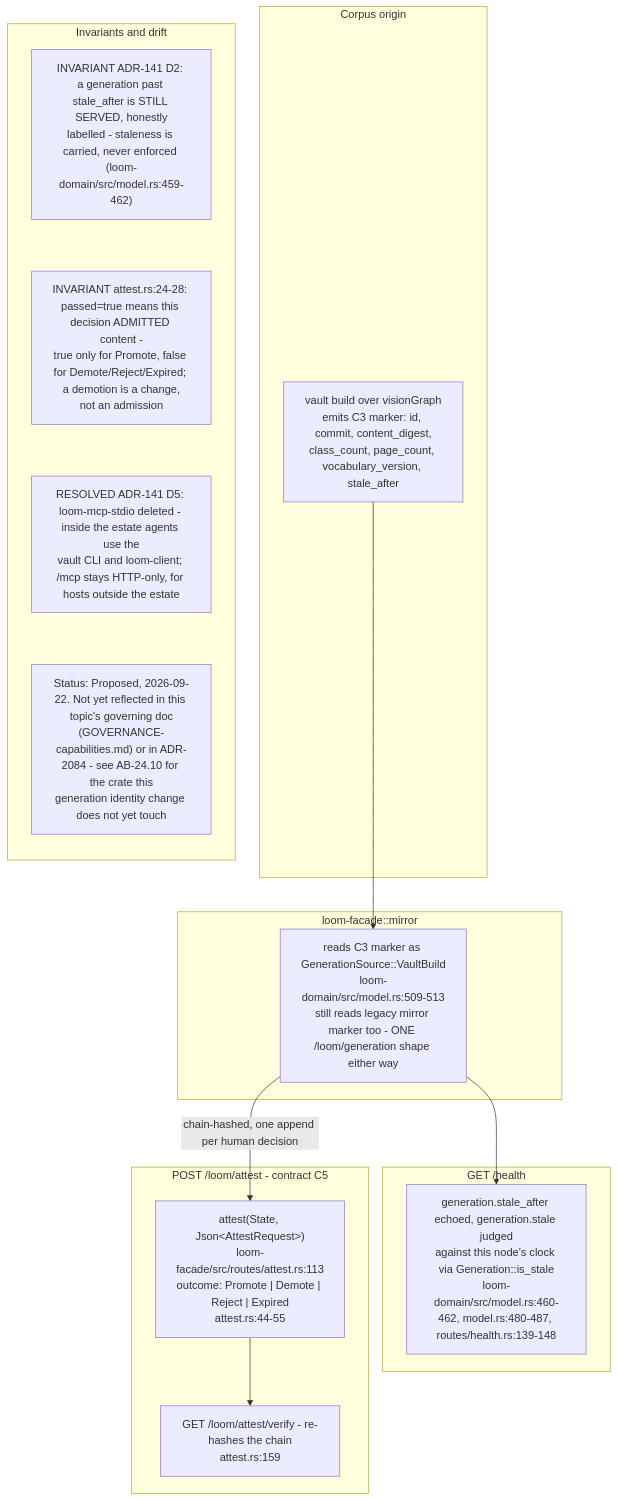
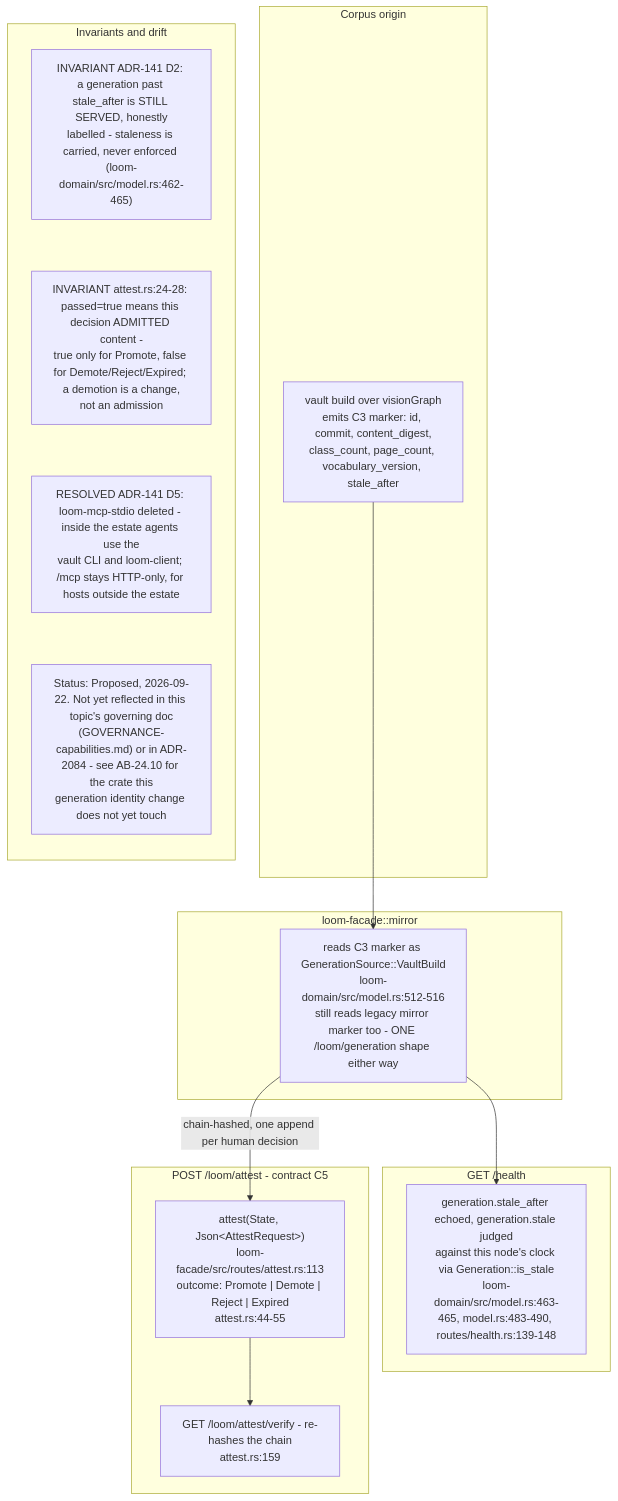
Diagram 12 of 14 in docs/diagrams/agentbox/24-loom-facade.md (DreamLab-AI/VisionFlow), drawn with Mermaid before and after one commit. The commit also changed other lines of this file and 70 other files, not shown here.

First line of the commit message:
docs(diagrams): re-verify 69 topics at current default-branch heads

````diff
--- a/docs/diagrams/agentbox/24-loom-facade.md
+++ b/docs/diagrams/agentbox/24-loom-facade.md
@@ -465,28 +465,28 @@
 ```mermaid
 flowchart TB
     subgraph build["Corpus origin"]
         VAULT["vault build over visionGraph<br/>emits C3 marker: id, commit, content_digest,<br/>class_count, page_count, vocabulary_version, stale_after"]
     end
     subgraph loom["loom-facade::mirror"]
-        MIR["reads C3 marker as GenerationSource::VaultBuild<br/>loom-domain/src/model.rs:509-513<br/>still reads legacy mirror marker too - ONE /loom/generation shape either way"]
+        MIR["reads C3 marker as GenerationSource::VaultBuild<br/>loom-domain/src/model.rs:512-516<br/>still reads legacy mirror marker too - ONE /loom/generation shape either way"]
     end
     subgraph health["GET /health"]
-        STALE["generation.stale_after echoed, generation.stale judged<br/>against this node's clock via Generation::is_stale<br/>loom-domain/src/model.rs:460-462, model.rs:480-487, routes/health.rs:139-148"]
+        STALE["generation.stale_after echoed, generation.stale judged<br/>against this node's clock via Generation::is_stale<br/>loom-domain/src/model.rs:463-465, model.rs:483-490, routes/health.rs:139-148"]
     end
     subgraph ledger["POST /loom/attest - contract C5"]
         ATT["attest#40;State, Json#60;AttestRequest#62;#41;<br/>loom-facade/src/routes/attest.rs:113<br/>outcome: Promote #124; Demote #124; Reject #124; Expired<br/>attest.rs:44-55"]
         VER["GET /loom/attest/verify - re-hashes the chain<br/>attest.rs:159"]
     end
     VAULT --> MIR
     MIR --> STALE
     MIR -->|"chain-hashed, one append per human decision"| ATT
     ATT --> VER
     subgraph notes["Invariants and drift"]
         direction TB
-        N1["INVARIANT ADR-141 D2: a generation past stale_after is STILL SERVED, honestly<br/>labelled - staleness is carried, never enforced (loom-domain/src/model.rs:459-462)"]
+        N1["INVARIANT ADR-141 D2: a generation past stale_after is STILL SERVED, honestly<br/>labelled - staleness is carried, never enforced (loom-domain/src/model.rs:462-465)"]
         N2["INVARIANT attest.rs:24-28: passed=true means this decision ADMITTED content -<br/>true only for Promote, false for Demote/Reject/Expired; a demotion is a change,<br/>not an admission"]
         N3["RESOLVED ADR-141 D5: loom-mcp-stdio deleted - inside the estate agents use the<br/>vault CLI and loom-client; #47;mcp stays HTTP-only, for hosts outside the estate"]
         N4["Status: Proposed, 2026-09-22. Not yet reflected in this topic's governing doc<br/>(GOVERNANCE-capabilities.md) or in ADR-2084 - see AB-24.10 for the crate this<br/>generation identity change does not yet touch"]
         N1 ~~~ N2 ~~~ N3 ~~~ N4
     end
 ```
````
